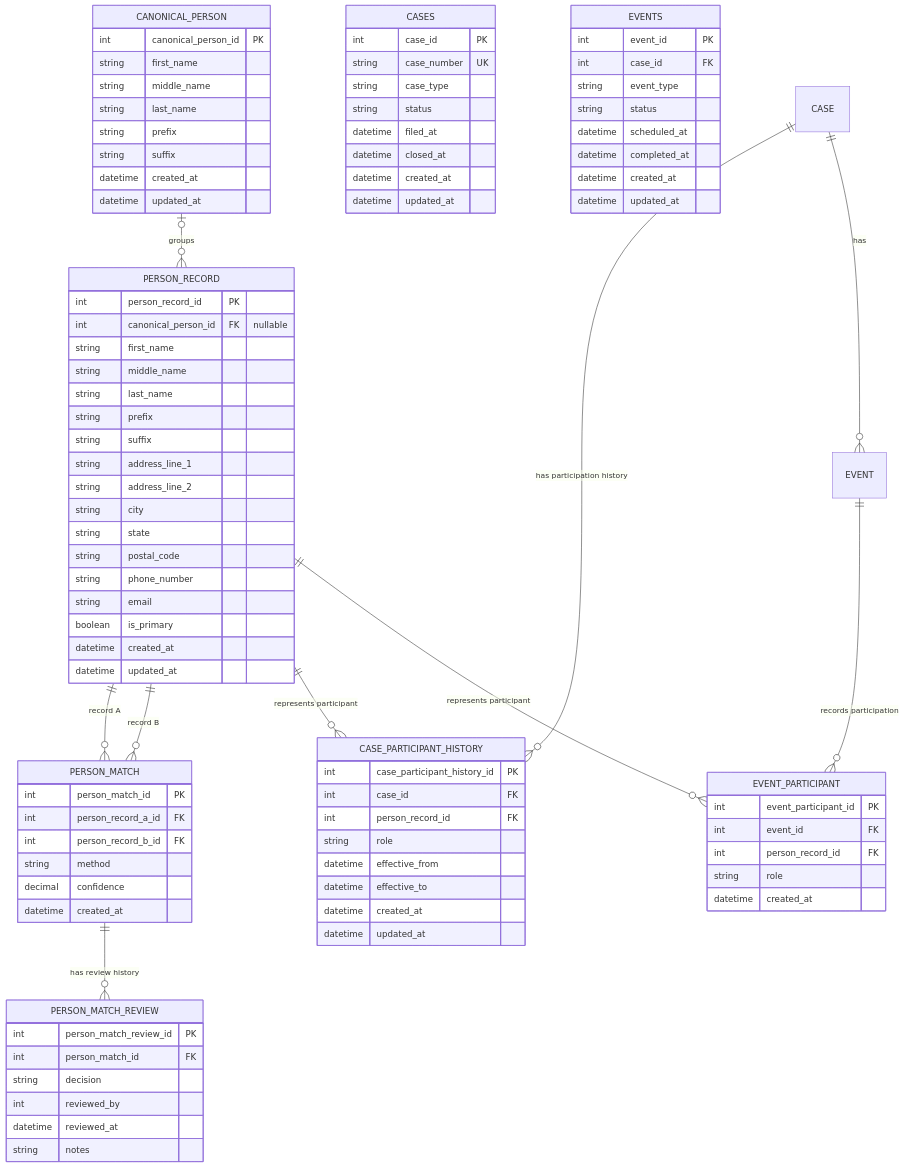
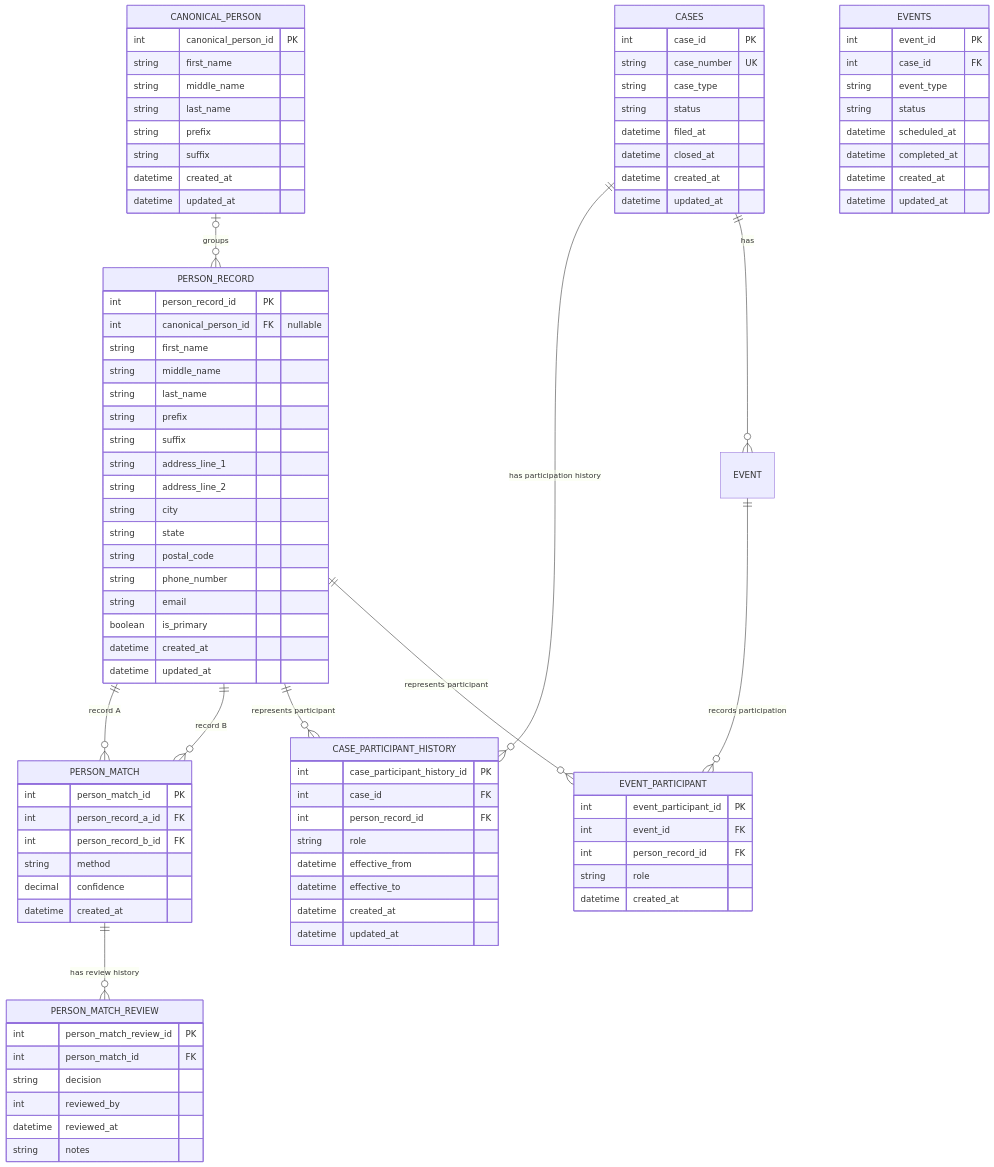
One commit to danyd6784/cms-skeleton changed the diagram in docs/domain-model-decisions.md. Above: the diagram before and after it, drawn with Mermaid. The commit also changed other lines of this file, not shown here.

Commit message:
Fix: Fix case entity name correction in ERD associations

````diff
--- a/docs/domain-model-decisions.md
+++ b/docs/domain-model-decisions.md
@@ -140,10 +140,10 @@
     PERSON_RECORD ||--o{ PERSON_MATCH : "record B"
     PERSON_MATCH ||--o{ PERSON_MATCH_REVIEW : "has review history"
 
-    CASE ||--o{ CASE_PARTICIPANT_HISTORY : "has participation history"
+    CASES ||--o{ CASE_PARTICIPANT_HISTORY : "has participation history"
     PERSON_RECORD ||--o{ CASE_PARTICIPANT_HISTORY : "represents participant"
 
-    CASE ||--o{ EVENT : "has"
+    CASES ||--o{ EVENT : "has"
     EVENT ||--o{ EVENT_PARTICIPANT : "records participation"
     PERSON_RECORD ||--o{ EVENT_PARTICIPANT : "represents participant"
 ```
````
